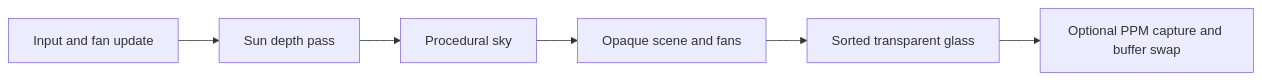
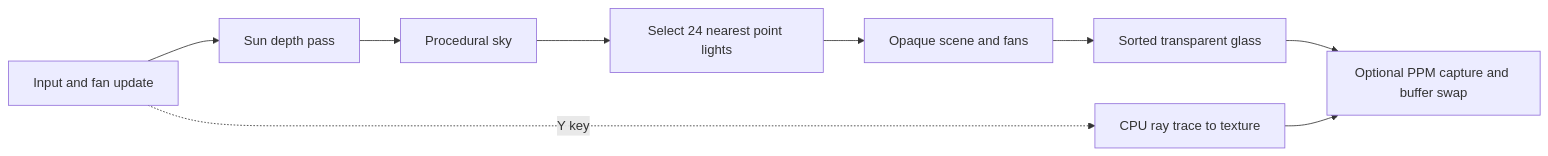
One commit to almahmud0303/KUET_SWC_Graphics changed the second of 3 diagrams in README.md. Above: the diagram before and after it, drawn with Mermaid. The commit also changed other lines of this file and 91 other files, not shown here.

````diff
--- a/README.md
+++ b/README.md
@@ -801,8 +1144,11 @@
 ```mermaid
 flowchart LR
     A[Input and fan update] --> B[Sun depth pass]
     B --> C[Procedural sky]
-    C --> D[Opaque scene and fans]
+    C --> L[Select 24 nearest point lights]
+    L --> D[Opaque scene and fans]
     D --> E[Sorted transparent glass]
     E --> F[Optional PPM capture and buffer swap]
+    A -. Y key .-> R[CPU ray trace to texture]
+    R --> F
 ```
````
